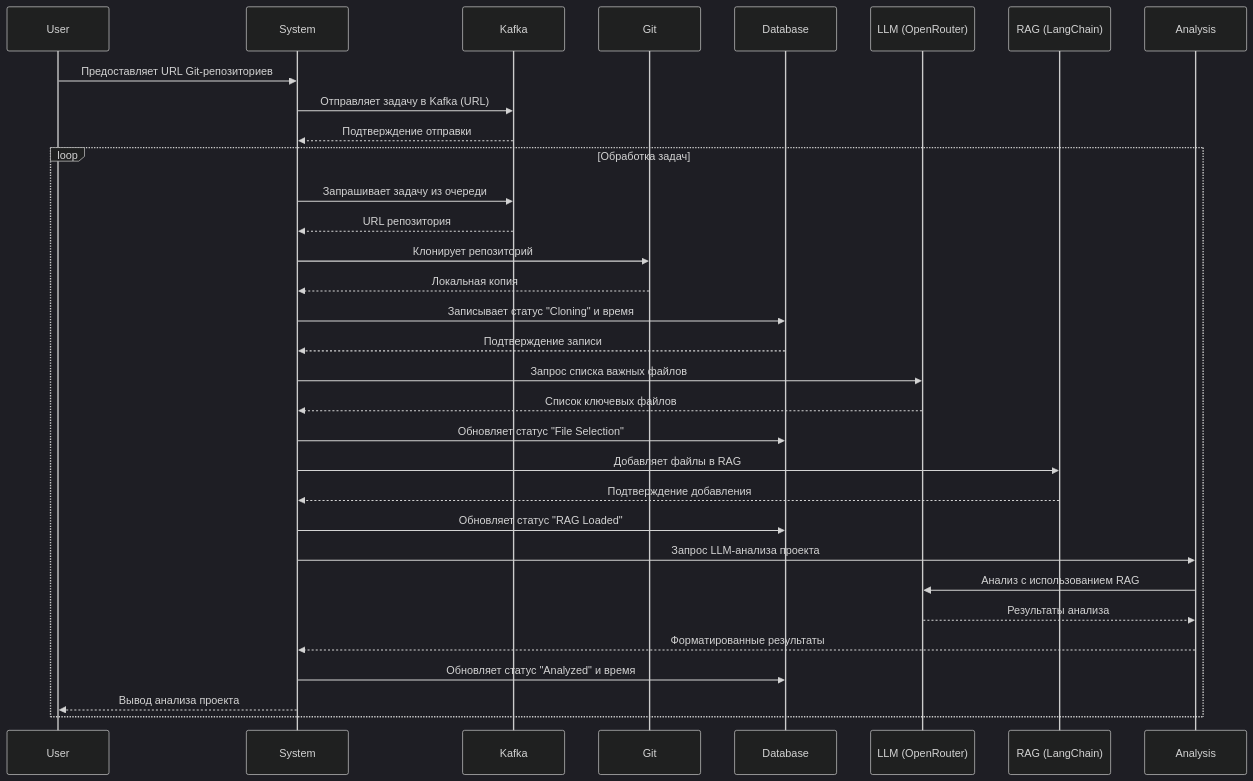
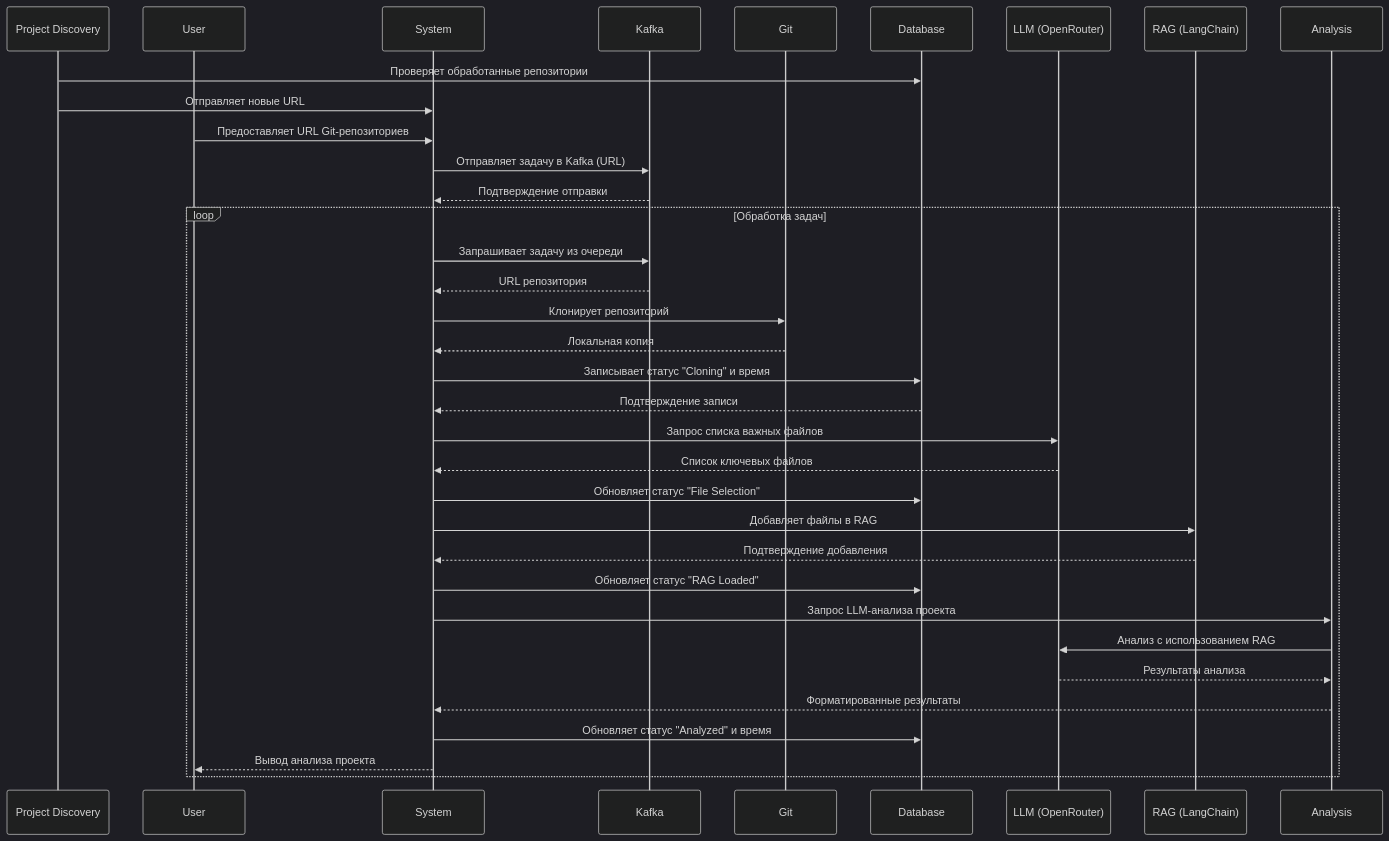
The diagram in readme.md (suenot/algotrading-monitor), drawn with Mermaid (dark theme) before and after one commit. The commit also changed other lines of this file and 1 other file, not shown here.

First line of the commit message:
feat: Implement Project Discovery Service and update architecture

````diff
--- a/readme.md
+++ b/readme.md
@@ -3,41 +3,44 @@
 ```mermaid
 sequenceDiagram
+    participant PD as Project Discovery
     participant U as User
     participant S as System
     participant K as Kafka
     participant G as Git
     participant DB as Database
     participant LLM as LLM (OpenRouter)
     participant R as RAG (LangChain)
     participant A as Analysis
 
+    PD->>DB: Проверяет обработанные репозитории
+    PD->>S: Отправляет новые URL
     U->>S: Предоставляет URL Git-репозиториев
     S->>K: Отправляет задачу в Kafka (URL)
     K-->>S: Подтверждение отправки
 
     loop Обработка задач
         S->>K: Запрашивает задачу из очереди
         K-->>S: URL репозитория
         S->>G: Клонирует репозиторий
         G-->>S: Локальная копия
 
         S->>DB: Записывает статус "Cloning" и время
         DB-->>S: Подтверждение записи
 
         S->>LLM: Запрос списка важных файлов
         LLM-->>S: Список ключевых файлов
         S->>DB: Обновляет статус "File Selection"
 
         S->>R: Добавляет файлы в RAG
         R-->>S: Подтверждение добавления
         S->>DB: Обновляет статус "RAG Loaded"
 
         S->>A: Запрос LLM-анализа проекта
         A->>LLM: Анализ с использованием RAG
         LLM-->>A: Результаты анализа
         A-->>S: Форматированные результаты
         S->>DB: Обновляет статус "Analyzed" и время
 
         S-->>U: Вывод анализа проекта
     end
 ```
````
